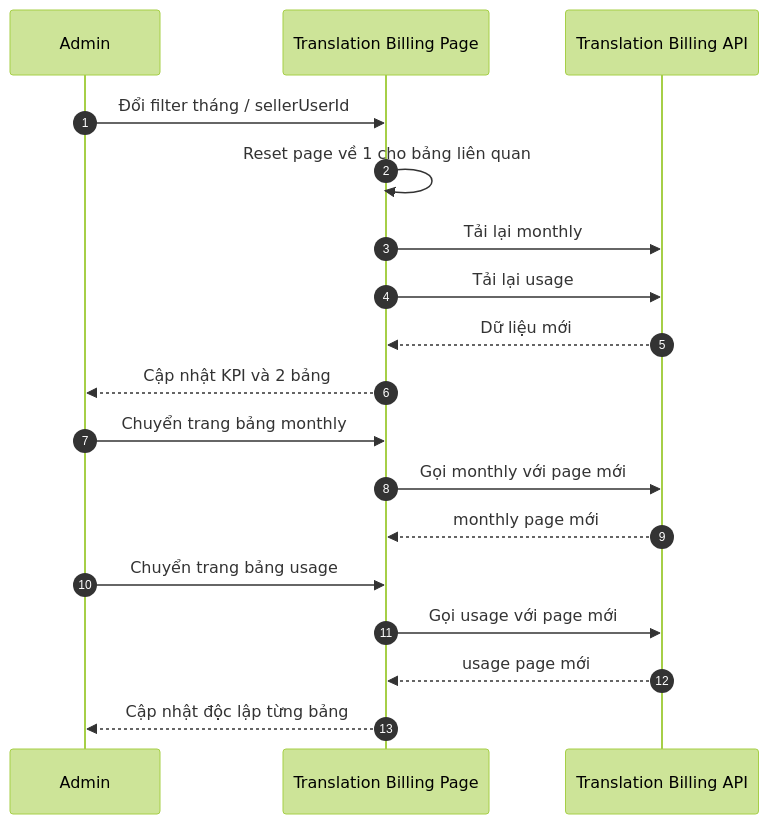
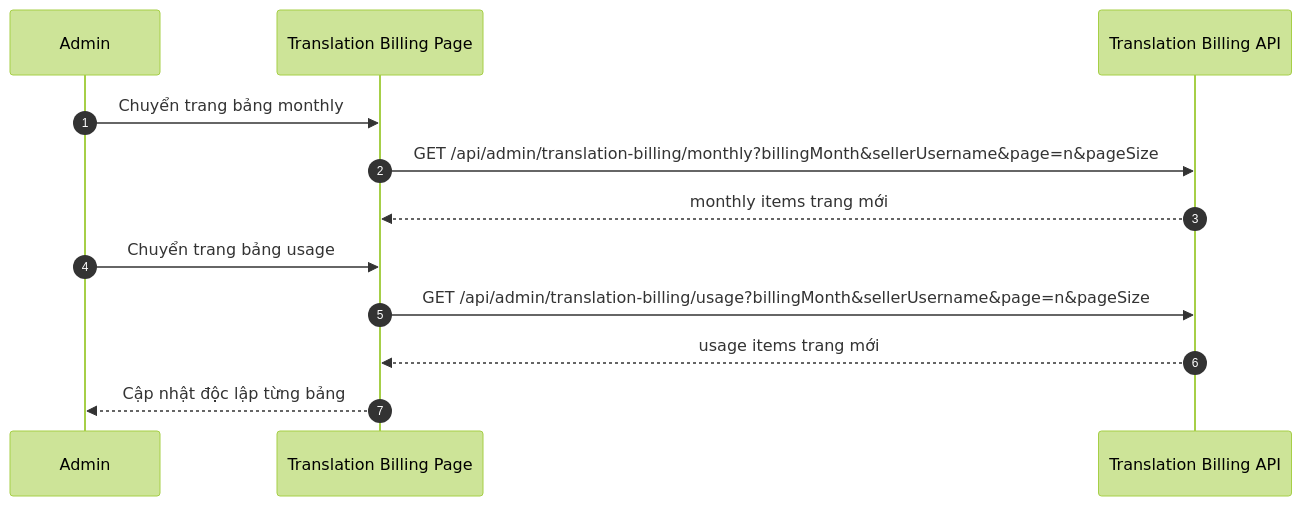
One commit to sangnp-s-organiztion/food-market-narrator changed diagram 30 of 30 in docs/diagram/sequence/flow-admin.md. Above: the diagram before and after it, drawn with Mermaid (forest theme). The commit also changed other lines of this file and 10 other files, not shown here.

Commit message:
cập nhật sequence

````diff
--- a/docs/diagram/sequence/flow-admin.md
+++ b/docs/diagram/sequence/flow-admin.md
@@ -706,23 +743,16 @@
 ```mermaid
 sequenceDiagram
     autonumber
     participant U as Admin
     participant FE as Translation Billing Page
     participant BILL as Translation Billing API
 
-    U->>FE: Đổi filter tháng / sellerUserId
-    FE->>FE: Reset page về 1 cho bảng liên quan
-    FE->>BILL: Tải lại monthly
-    FE->>BILL: Tải lại usage
-    BILL-->>FE: Dữ liệu mới
-    FE-->>U: Cập nhật KPI và 2 bảng
-
     U->>FE: Chuyển trang bảng monthly
-    FE->>BILL: Gọi monthly với page mới
-    BILL-->>FE: monthly page mới
+    FE->>BILL: GET /api/admin/translation-billing/monthly?billingMonth&sellerUsername&page=n&pageSize
+    BILL-->>FE: monthly items trang mới
 
     U->>FE: Chuyển trang bảng usage
-    FE->>BILL: Gọi usage với page mới
-    BILL-->>FE: usage page mới
+    FE->>BILL: GET /api/admin/translation-billing/usage?billingMonth&sellerUsername&page=n&pageSize
+    BILL-->>FE: usage items trang mới
     FE-->>U: Cập nhật độc lập từng bảng
 ```
````
